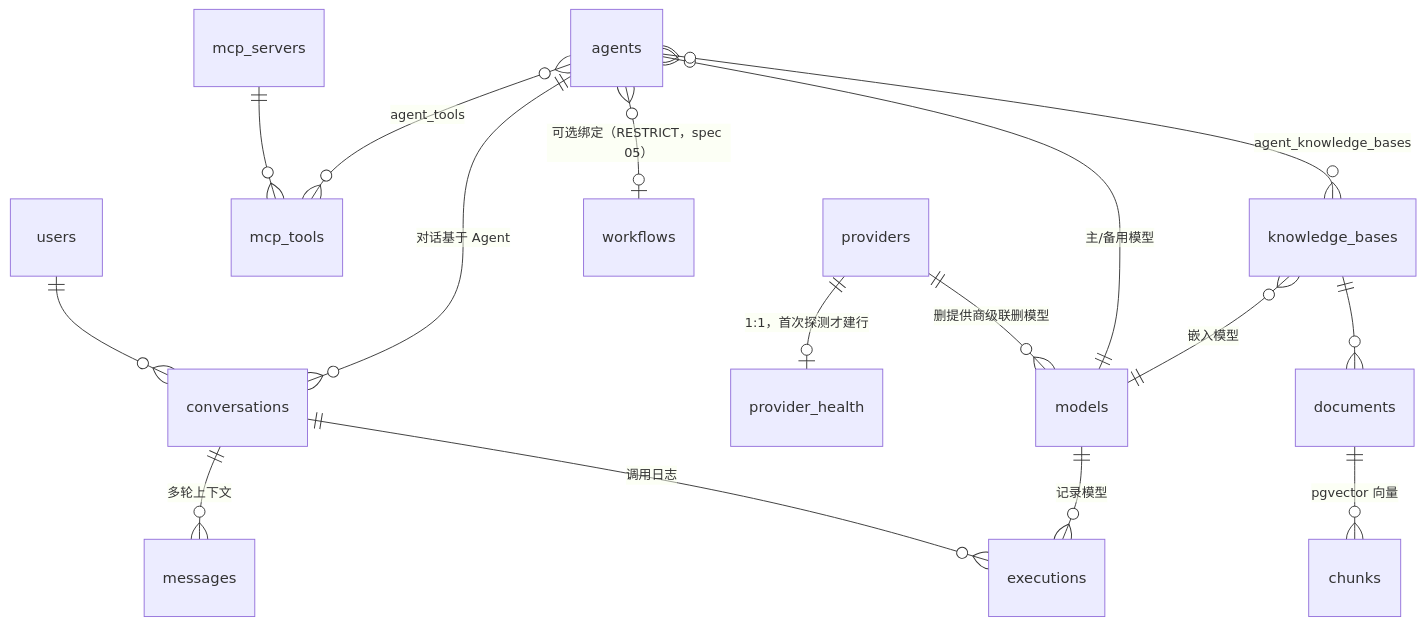
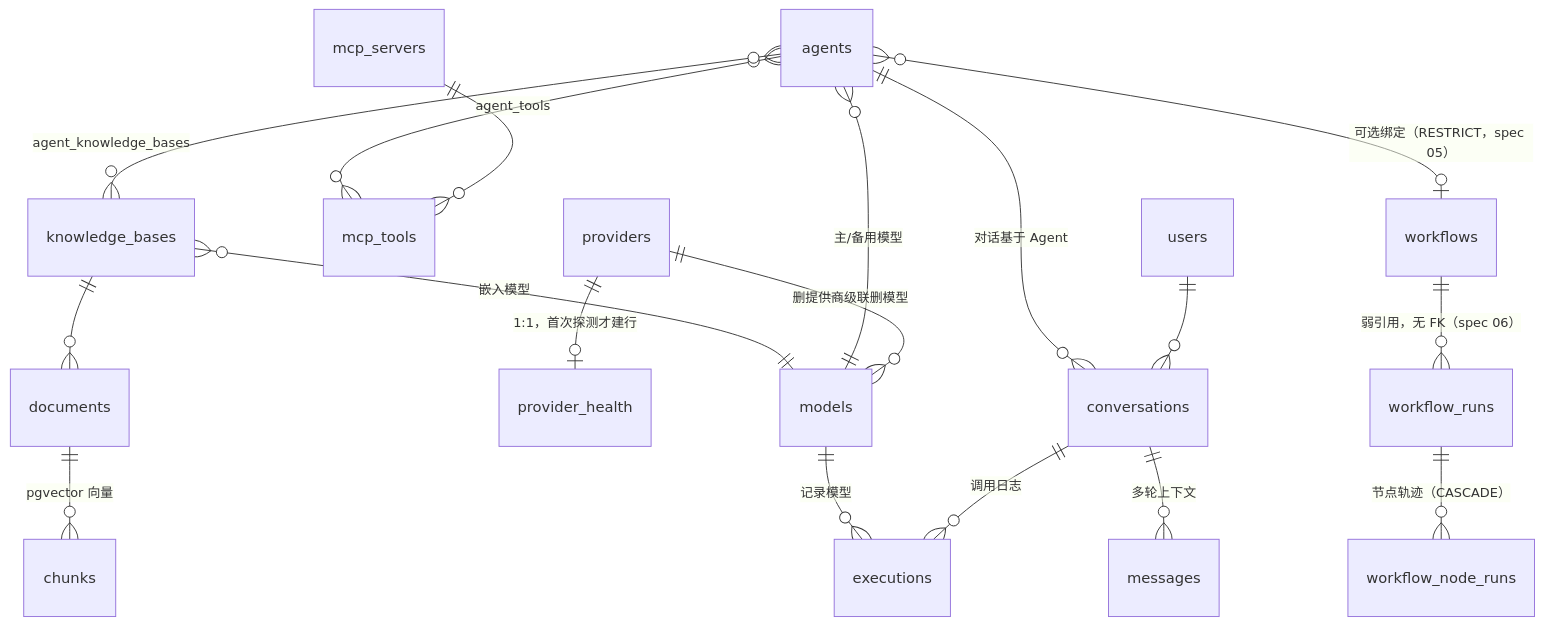
The diagram in docs/design/data-model.md (Karlsk/go-hify), drawn with Mermaid before and after one commit. The commit also changed other lines of this file and 30 other files, not shown here.

First line of the commit message:
feat(workflow): 执行引擎——六类节点执行 + 轨迹两层表 + 试运行与 SSRF 防护（spec 06）

````diff
--- a/docs/design/data-model.md
+++ b/docs/design/data-model.md
@@ -13,18 +13,20 @@
 ```mermaid
 erDiagram
     providers ||--o{ models : "删提供商级联删模型"
     providers ||--o| provider_health : "1:1，首次探测才建行"
     mcp_servers ||--o{ mcp_tools : ""
     agents }o--|| models : "主/备用模型"
     agents }o--o{ mcp_tools : "agent_tools"
     agents }o--o{ knowledge_bases : "agent_knowledge_bases"
     agents }o--o| workflows : "可选绑定（RESTRICT，spec 05）"
     knowledge_bases }o--|| models : "嵌入模型"
     knowledge_bases ||--o{ documents : ""
     documents ||--o{ chunks : "pgvector 向量"
     users ||--o{ conversations : ""
     agents ||--o{ conversations : "对话基于 Agent"
     conversations ||--o{ messages : "多轮上下文"
     conversations ||--o{ executions : "调用日志"
     models ||--o{ executions : "记录模型"
+    workflows ||--o{ workflow_runs : "弱引用，无 FK（spec 06）"
+    workflow_runs ||--o{ workflow_node_runs : "节点轨迹（CASCADE）"
 ```
````
